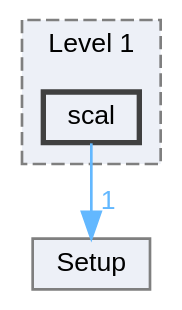
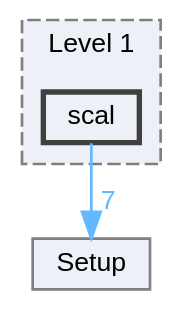
Before and after one commit to Mayukh-Banik/SYCL-BLAS: the diagram in docs/dir_ba3c2169517eea9bea8909081c6e95b9_dep.dot, drawn with Graphviz. The commit also changed 132 other files, not shown here.

```diff
--- a/docs/dir_ba3c2169517eea9bea8909081c6e95b9_dep.dot
+++ b/docs/dir_ba3c2169517eea9bea8909081c6e95b9_dep.dot
@@ -1,14 +1,14 @@
 digraph "SYCL-BLAS/Level 1/scal"
 {
  // LATEX_PDF_SIZE
   bgcolor="transparent";
   edge [fontname=Helvetica,fontsize=10,labelfontname=Helvetica,labelfontsize=10];
   node [fontname=Helvetica,fontsize=10,shape=box,height=0.2,width=0.4];
   compound=true
   subgraph clusterdir_4bdbafa1a890e85c566b99a7d5528745 {
     graph [ bgcolor="#edf0f7", pencolor="grey50", label="Level 1", fontname=Helvetica,fontsize=10 style="filled,dashed", URL="dir_4bdbafa1a890e85c566b99a7d5528745.html",tooltip=""]
   dir_ba3c2169517eea9bea8909081c6e95b9 [label="scal", fillcolor="#edf0f7", color="grey25", style="filled,bold", URL="dir_ba3c2169517eea9bea8909081c6e95b9.html",tooltip=""];
   }
   dir_2cf803bbad5736ac46e5b9bef0403cf0 [label="Setup", fillcolor="#edf0f7", color="grey50", style="filled", URL="dir_2cf803bbad5736ac46e5b9bef0403cf0.html",tooltip=""];
-  dir_ba3c2169517eea9bea8909081c6e95b9->dir_2cf803bbad5736ac46e5b9bef0403cf0 [headlabel="1", labeldistance=1.5 headhref="dir_000002_000003.html" href="dir_000002_000003.html" color="steelblue1" fontcolor="steelblue1"];
+  dir_ba3c2169517eea9bea8909081c6e95b9->dir_2cf803bbad5736ac46e5b9bef0403cf0 [headlabel="7", labeldistance=1.5 headhref="dir_000002_000003.html" href="dir_000002_000003.html" color="steelblue1" fontcolor="steelblue1"];
 }
```
